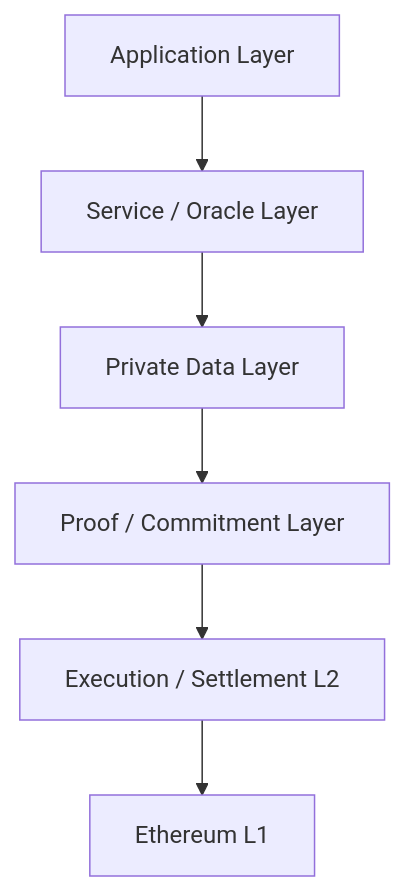
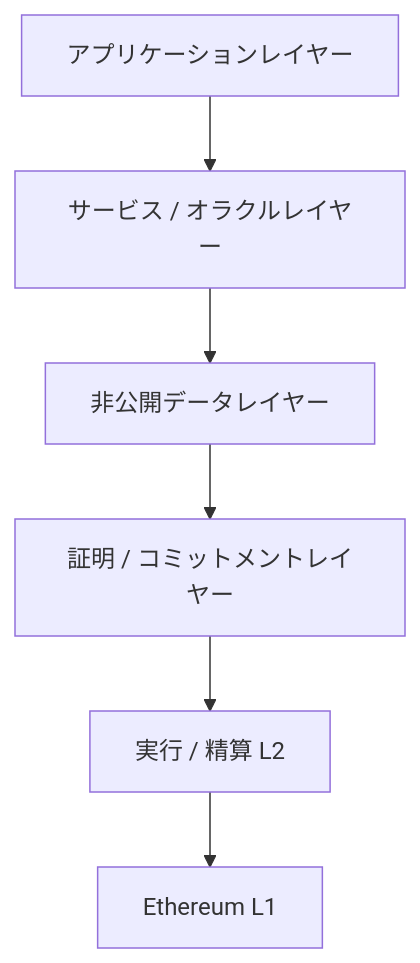
One commit to ShigeichiroYamasaki/creator-first-platform changed the second of 4 diagrams in docs/adr/ADR-0007-blockchain-l2-strategy.md. Above: the diagram before and after it, drawn with Mermaid. The commit also changed other lines of this file and 72 other files, not shown here.

````diff
--- a/docs/adr/ADR-0007-blockchain-l2-strategy.md
+++ b/docs/adr/ADR-0007-blockchain-l2-strategy.md
@@ -116,15 +116,15 @@
 ```mermaid
 flowchart TD
-    UI[Application Layer]
-    SERVICE[Service / Oracle Layer]
-    DATA[Private Data Layer]
-    ZK[Proof / Commitment Layer]
-    L2[Execution / Settlement L2]
+    UI[アプリケーションレイヤー]
+    SERVICE[サービス / オラクルレイヤー]
+    DATA[非公開データレイヤー]
+    ZK[証明 / コミットメントレイヤー]
+    L2[実行 / 精算 L2]
     L1[Ethereum L1]
 
     UI --> SERVICE
     SERVICE --> DATA
     DATA --> ZK
     ZK --> L2
     L2 --> L1
 ```
````
